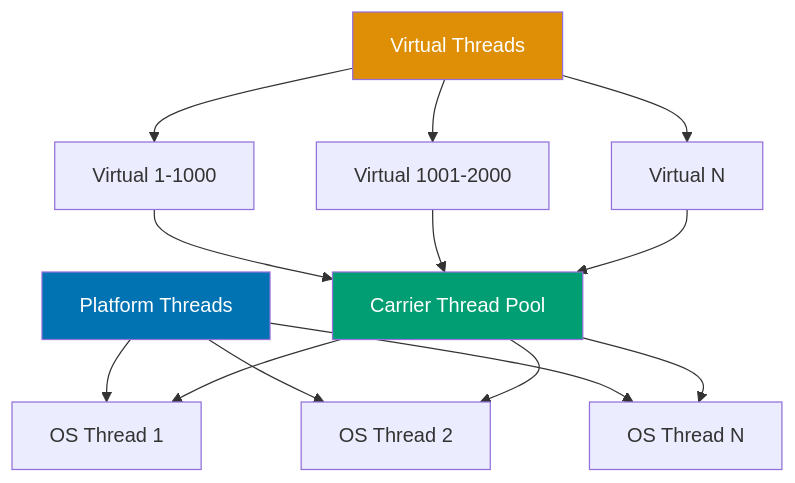
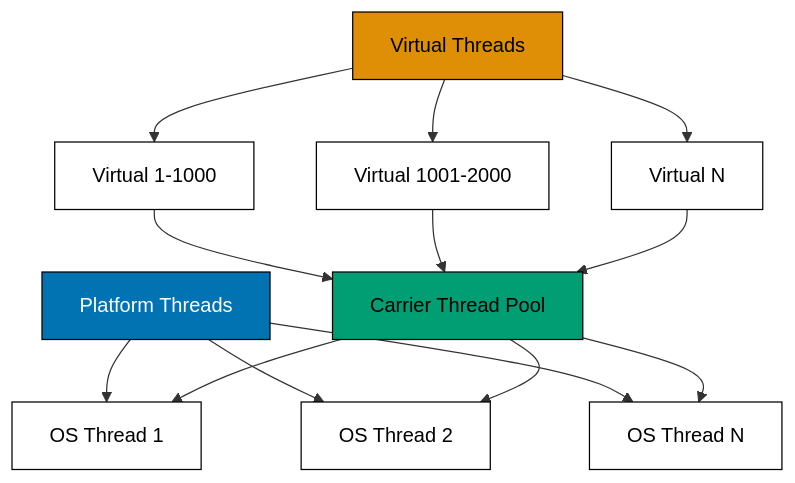
Before and after one commit to wahidyankf/ose-public: the tenth of 13 diagrams in apps/ayokoding-www/content/en/learn/legacy/software-engineering/programming-languages/java/by-example/advanced.md, drawn with Mermaid. The commit also changed other lines of this file and 112 other files, not shown here.

First line of the commit message:
fix(mermaid): bring the legacy programming-languages diagrams onto the accessible palette

````diff
--- a/apps/ayokoding-www/content/en/learn/legacy/software-engineering/programming-languages/java/by-example/advanced.md
+++ b/apps/ayokoding-www/content/en/learn/legacy/software-engineering/programming-languages/java/by-example/advanced.md
@@ -3636,18 +3696,24 @@
 ```mermaid
 %% Color Palette: Blue #0173B2, Orange #DE8F05, Teal #029E73, Purple #CC78BC, Brown #CA9161
 graph TD
+    accTitle: Example 83: Virtual Threads
+    accDescr: Graph with 9 nodes and 12 connections. Nodes: Platform Threads, OS Thread 1, OS Thread 2, OS Thread N, Virtual Threads, Virtual 1-1000, Virtual 1001-2000, Virtual N, Carrier Thread Pool. Connections: Platform Threads to OS Thread 1, Platform Threads to OS Thread 2, Platform Threads to OS Thread N, Virtual Threads to Virtual 1-1000, Virtual Threads to Virtual 1001-2000, Virtual Threads to Virtual N, Virtual 1-1000 to Carrier Thread Pool, Virtual 1001-2000 to Carrier Thread Pool, Virtual N to Carrier Thread Pool, Carrier Thread Pool to OS Thread 1, Carrier Thread Pool to OS Thread 2, Carrier Thread Pool to OS Thread N.
     A[Platform Threads] --> B[OS Thread 1]
     A --> C[OS Thread 2]
     A --> D[OS Thread N]
 
     E[Virtual Threads] --> F[Virtual 1-1000]
     E --> G[Virtual 1001-2000]
     E --> H[Virtual N]
 
     F & G & H --> I[Carrier Thread Pool]
     I --> B & C & D
 
-    style A fill:#0173B2,color:#fff
-    style E fill:#DE8F05,color:#fff
-    style I fill:#029E73,color:#fff
+    classDef pal-0173B2 fill:#0173B2,stroke:#000000,color:#FFFFFF
+    class A pal-0173B2
+    classDef pal-DE8F05 fill:#DE8F05,stroke:#000000,color:#000000
+    class E pal-DE8F05
+    classDef pal-029E73 fill:#029E73,stroke:#000000,color:#000000
+    class I pal-029E73
+    classDef default fill:#FFFFFF,stroke:#000000,color:#000000
 ```
````
